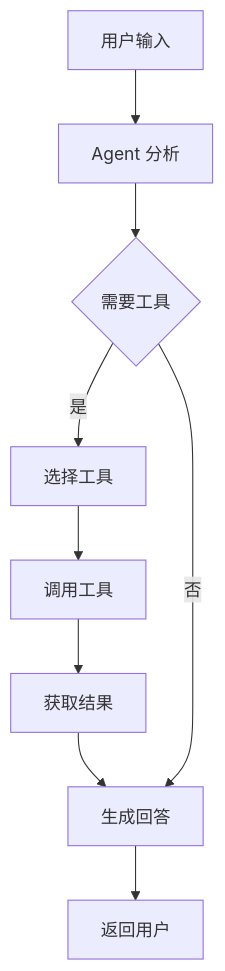
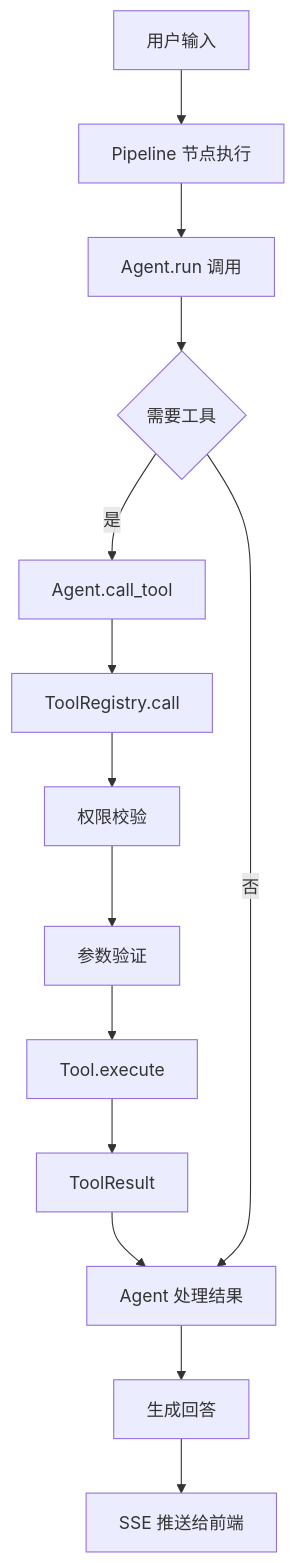
One commit to PMA213X/bandcode changed the diagram in docs/project-report/05-Agent与工具调用设计.md. Above: the diagram before and after it, drawn with Mermaid. The commit also changed other lines of this file and 13 other files, not shown here.

````diff
--- a/docs/project-report/05-Agent与工具调用设计.md
+++ b/docs/project-report/05-Agent与工具调用设计.md
@@ -14,11 +162,16 @@
 ```mermaid
 graph TD
-    A[用户输入] --> B[Agent 分析]
-    B --> C{需要工具}
-    C -->|是| D[选择工具]
-    D --> E[调用工具]
-    E --> F[获取结果]
-    F --> G[生成回答]
-    C -->|否| G
-    G --> H[返回用户]
+    A[用户输入] --> B[Pipeline 节点执行]
+    B --> C[Agent.run 调用]
+    C --> D{需要工具}
+    D -->|是| E[Agent.call_tool]
+    E --> F[ToolRegistry.call]
+    F --> G[权限校验]
+    G --> H[参数验证]
+    H --> I[Tool.execute]
+    I --> J[ToolResult]
+    J --> K[Agent 处理结果]
+    D -->|否| K
+    K --> L[生成回答]
+    L --> M[SSE 推送给前端]
 ```
````
